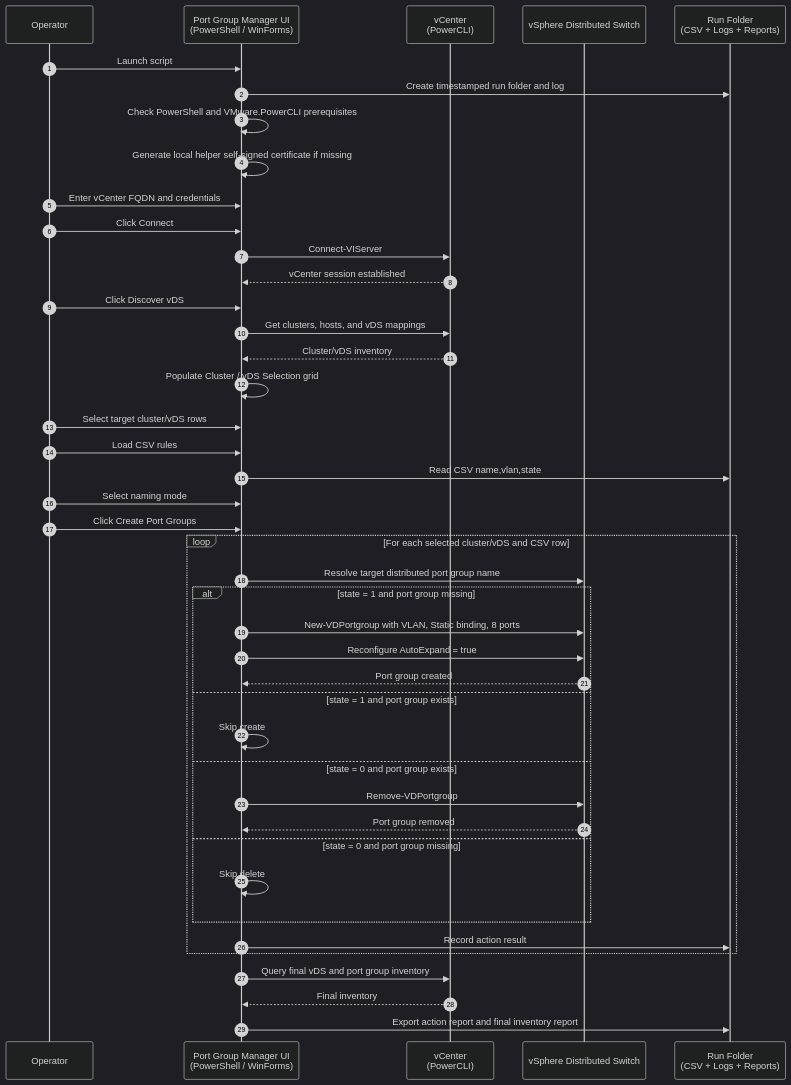
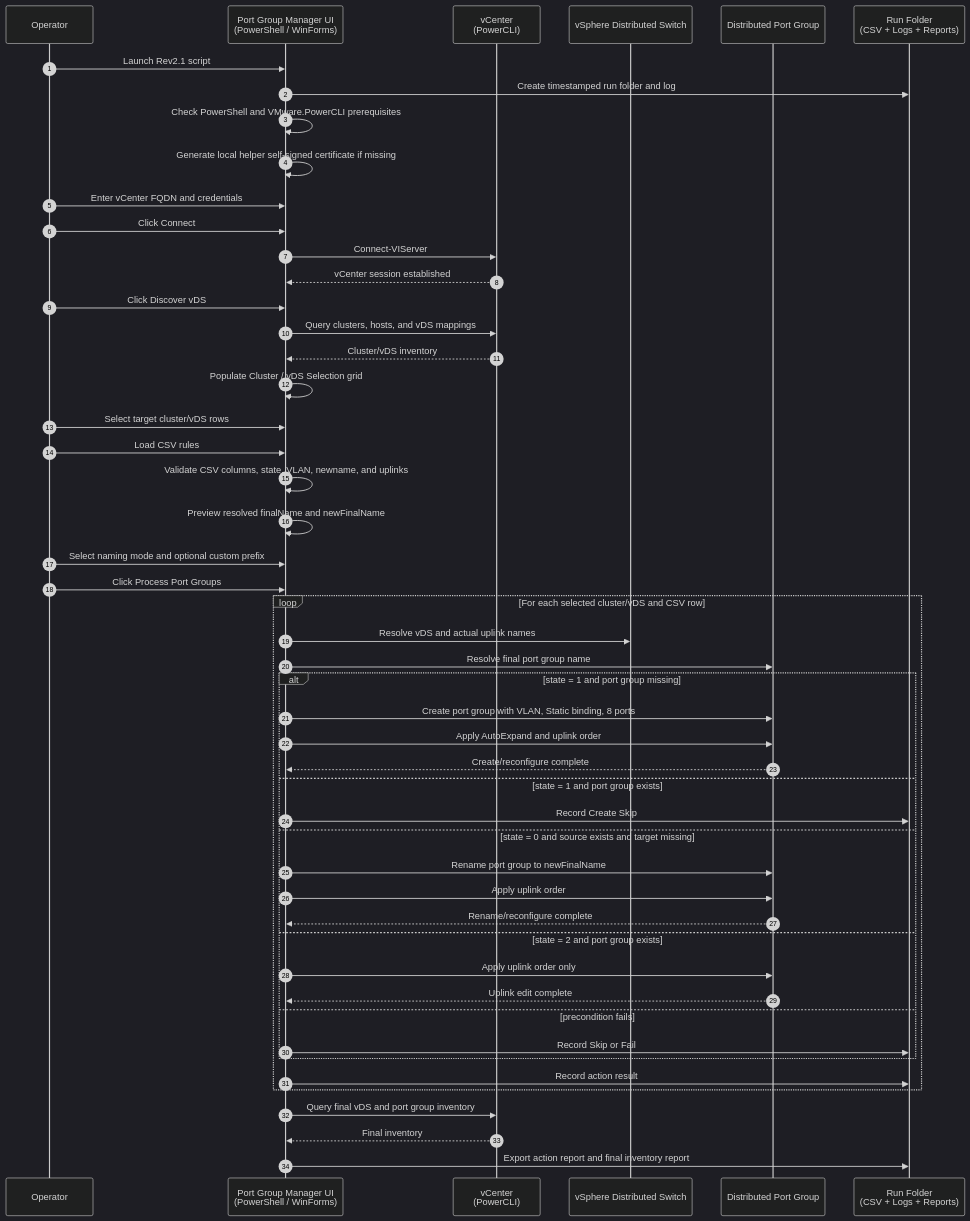
Before and after one commit to Achieve1molle/VCF9.1-Bulk-PortGroup-Manager: the diagram in README.md, drawn with Mermaid (dark theme). The commit also changed other lines of this file, not shown here.

````diff
--- a/README.md
+++ b/README.md
@@ -112,46 +219,53 @@
 ```mermaid
 sequenceDiagram
     autonumber
     participant Operator as Operator
     participant UI as Port Group Manager UI<br/>(PowerShell / WinForms)
     participant VC as vCenter<br/>(PowerCLI)
     participant VDS as vSphere Distributed Switch
+    participant PG as Distributed Port Group
     participant Disk as Run Folder<br/>(CSV + Logs + Reports)
 
-    Operator->>UI: Launch script
+    Operator->>UI: Launch Rev2.1 script
     UI->>Disk: Create timestamped run folder and log
     UI->>UI: Check PowerShell and VMware.PowerCLI prerequisites
     UI->>UI: Generate local helper self-signed certificate if missing
     Operator->>UI: Enter vCenter FQDN and credentials
     Operator->>UI: Click Connect
     UI->>VC: Connect-VIServer
     VC-->>UI: vCenter session established
     Operator->>UI: Click Discover vDS
-    UI->>VC: Get clusters, hosts, and vDS mappings
+    UI->>VC: Query clusters, hosts, and vDS mappings
     VC-->>UI: Cluster/vDS inventory
     UI->>UI: Populate Cluster / vDS Selection grid
     Operator->>UI: Select target cluster/vDS rows
     Operator->>UI: Load CSV rules
-    UI->>Disk: Read CSV name,vlan,state
-    Operator->>UI: Select naming mode
-    Operator->>UI: Click Create Port Groups
+    UI->>UI: Validate CSV columns, state, VLAN, newname, and uplinks
+    UI->>UI: Preview resolved finalName and newFinalName
+    Operator->>UI: Select naming mode and optional custom prefix
+    Operator->>UI: Click Process Port Groups
     loop For each selected cluster/vDS and CSV row
-        UI->>VDS: Resolve target distributed port group name
+        UI->>VDS: Resolve vDS and actual uplink names
+        UI->>PG: Resolve final port group name
         alt state = 1 and port group missing
-            UI->>VDS: New-VDPortgroup with VLAN, Static binding, 8 ports
-            UI->>VDS: Reconfigure AutoExpand = true
-            VDS-->>UI: Port group created
+            UI->>PG: Create port group with VLAN, Static binding, 8 ports
+            UI->>PG: Apply AutoExpand and uplink order
+            PG-->>UI: Create/reconfigure complete
         else state = 1 and port group exists
-            UI->>UI: Skip create
-        else state = 0 and port group exists
-            UI->>VDS: Remove-VDPortgroup
-            VDS-->>UI: Port group removed
-        else state = 0 and port group missing
-            UI->>UI: Skip delete
+            UI->>Disk: Record Create Skip
+        else state = 0 and source exists and target missing
+            UI->>PG: Rename port group to newFinalName
+            UI->>PG: Apply uplink order
+            PG-->>UI: Rename/reconfigure complete
+        else state = 2 and port group exists
+            UI->>PG: Apply uplink order only
+            PG-->>UI: Uplink edit complete
+        else precondition fails
+            UI->>Disk: Record Skip or Fail
         end
         UI->>Disk: Record action result
     end
     UI->>VC: Query final vDS and port group inventory
     VC-->>UI: Final inventory
     UI->>Disk: Export action report and final inventory report
 ```
````
